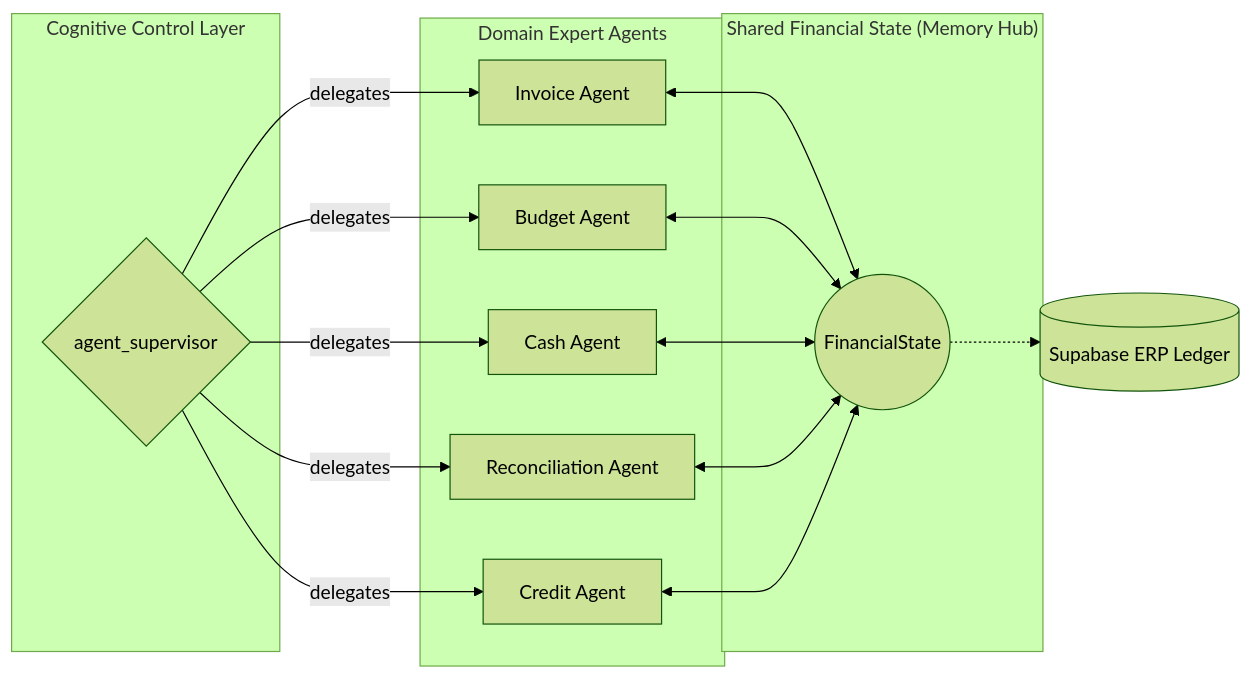
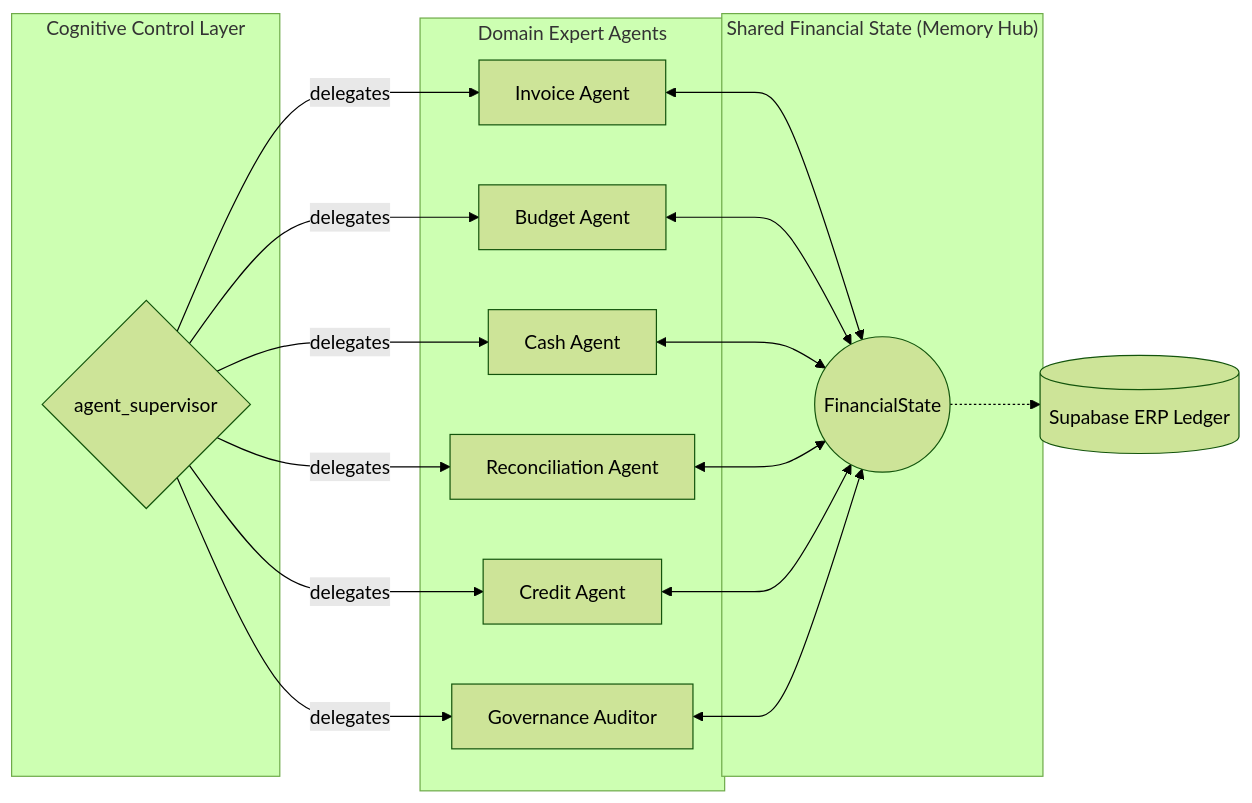
One commit to maysamsgx/fagenllm_2026_Semmmrr changed the first of 2 diagrams in README.md. Above: the diagram before and after it, drawn with Mermaid (forest theme). The commit also changed other lines of this file and 4 other files, not shown here.

Commit message:
Updated README.md with the 6-agent architecture, new features (Governance, Vector Search, Memory, Evaluation Dashboard), and corrected tech stack.

````diff
--- a/README.md
+++ b/README.md
@@ -107,38 +114,41 @@
 ```mermaid
 graph LR
     %% Control Layer
     subgraph Control ["Cognitive Control Layer"]
         Supervisor{agent_supervisor}
     end
 
     %% State Layer (The Hub)
     subgraph State ["Shared Financial State (Memory Hub)"]
         FS((FinancialState))
     end
 
     %% Execution Layer (The Agents)
     subgraph Agents ["Domain Expert Agents"]
         Invoice[Invoice Agent]
         Budget[Budget Agent]
         Cash[Cash Agent]
         Recon[Reconciliation Agent]
         Credit[Credit Agent]
+        Governance[Governance Auditor]
     end
 
     %% Routing Flow (Control)
     Supervisor -->|delegates| Invoice
     Supervisor -->|delegates| Budget
     Supervisor -->|delegates| Cash
     Supervisor -->|delegates| Recon
     Supervisor -->|delegates| Credit
+    Supervisor -->|delegates| Governance
 
     %% State Interaction (Data)
     Invoice <--> FS
     Budget <--> FS
     Cash <--> FS
     Recon <--> FS
     Credit <--> FS
+    Governance <--> FS
 
     %% Persistence
     FS -.-> DB[(Supabase ERP Ledger)]
 ```
````
